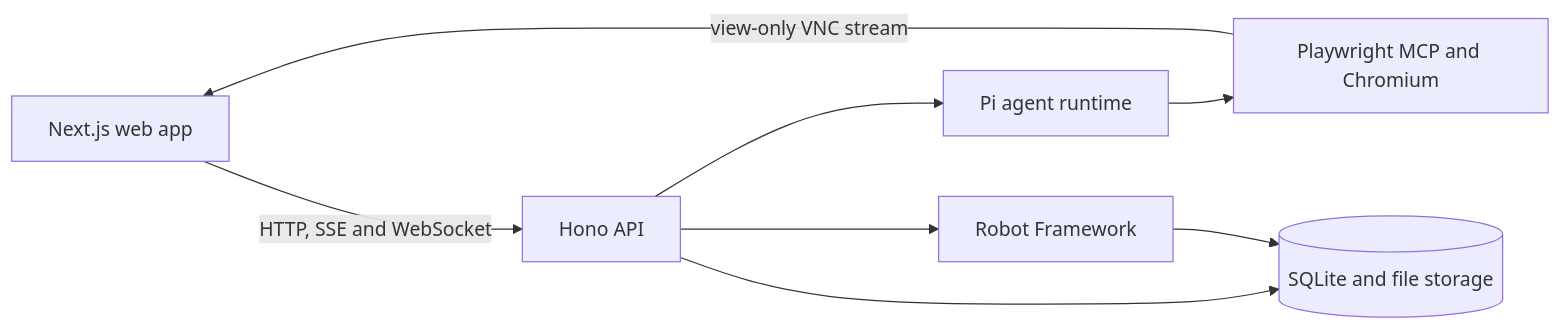
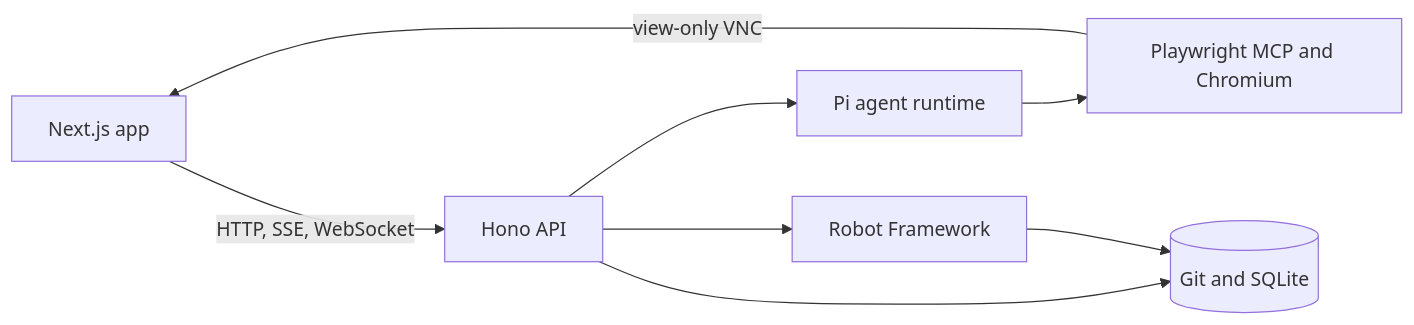
The diagram in README.md (gustavo-ferreira03/specbook), drawn with Mermaid before and after one commit. The commit also changed other lines of this file, not shown here.

````diff
--- a/README.md
+++ b/README.md
@@ -85,10 +86,10 @@
 ```mermaid
 flowchart LR
-    UI[Next.js web app] -->|HTTP, SSE and WebSocket| API[Hono API]
+    UI[Next.js app] -->|HTTP, SSE, WebSocket| API[Hono API]
     API --> Agent[Pi agent runtime]
     Agent --> Browser[Playwright MCP and Chromium]
-    Browser -->|view-only VNC stream| UI
+    Browser -->|view-only VNC| UI
     API --> Runner[Robot Framework]
-    API --> Store[(SQLite and file storage)]
+    API --> Store[(Git and SQLite)]
     Runner --> Store
 ```
````
